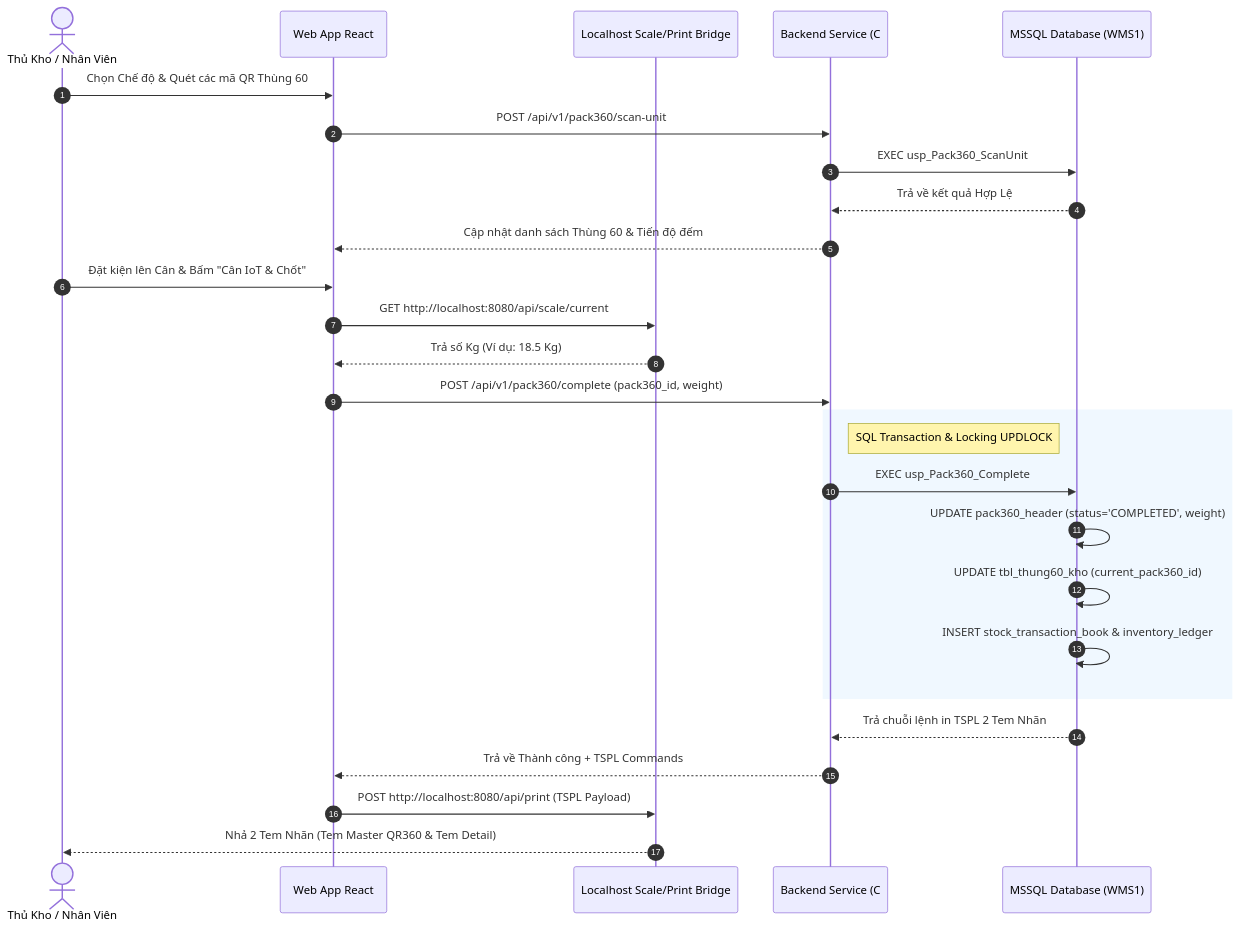
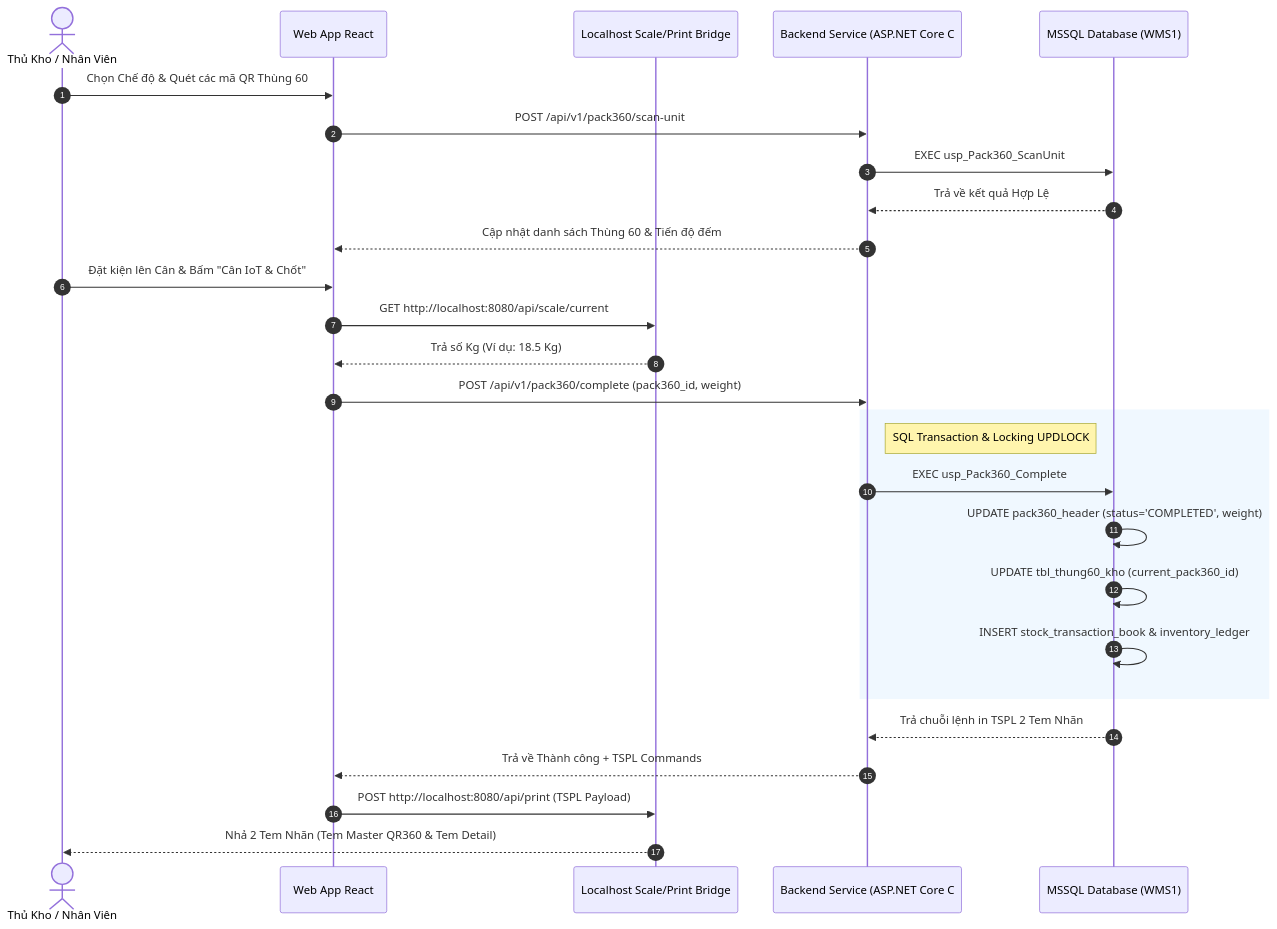
One commit to Sohoa-KNSG/wms1 changed the first of 3 diagrams in 02_Process_UseCase/UC05_Pack360_Packing.md. Above: the diagram before and after it, drawn with Mermaid. The commit also changed 13 other files, not shown here.

Commit message:
docs: Cập nhật tài liệu thiết kế loại bỏ thông tin backend Node.js

````diff
--- a/02_Process_UseCase/UC05_Pack360_Packing.md
+++ b/02_Process_UseCase/UC05_Pack360_Packing.md
@@ -93,34 +93,34 @@
 ```mermaid
 sequenceDiagram
     autonumber
     actor NV as Thủ Kho / Nhân Viên
     participant UI as Web App React
     participant LCL as Localhost Scale/Print Bridge
-    participant API as Backend Service (C# / Node.js)
+    participant API as Backend Service (ASP.NET Core C#)
     participant DB as MSSQL Database (WMS1)
 
     NV->>UI: Chọn Chế độ & Quét các mã QR Thùng 60
     UI->>API: POST /api/v1/pack360/scan-unit
     API->>DB: EXEC usp_Pack360_ScanUnit
     DB-->>API: Trả về kết quả Hợp Lệ
     API-->>UI: Cập nhật danh sách Thùng 60 & Tiến độ đếm
 
     NV->>UI: Đặt kiện lên Cân & Bấm "Cân IoT & Chốt"
     UI->>LCL: GET http://localhost:8080/api/scale/current
     LCL-->>UI: Trả số Kg (Ví dụ: 18.5 Kg)
 
     UI->>API: POST /api/v1/pack360/complete (pack360_id, weight)
     
     rect rgb(240, 248, 255)
         note right of API: SQL Transaction & Locking UPDLOCK
         API->>DB: EXEC usp_Pack360_Complete
         DB->>DB: UPDATE pack360_header (status='COMPLETED', weight)
         DB->>DB: UPDATE tbl_thung60_kho (current_pack360_id)
         DB->>DB: INSERT stock_transaction_book & inventory_ledger
     end
 
     DB-->>API: Trả chuỗi lệnh in TSPL 2 Tem Nhãn
     API-->>UI: Trả về Thành công + TSPL Commands
     UI->>LCL: POST http://localhost:8080/api/print (TSPL Payload)
     LCL-->>NV: Nhả 2 Tem Nhãn (Tem Master QR360 & Tem Detail)
 ```
````
